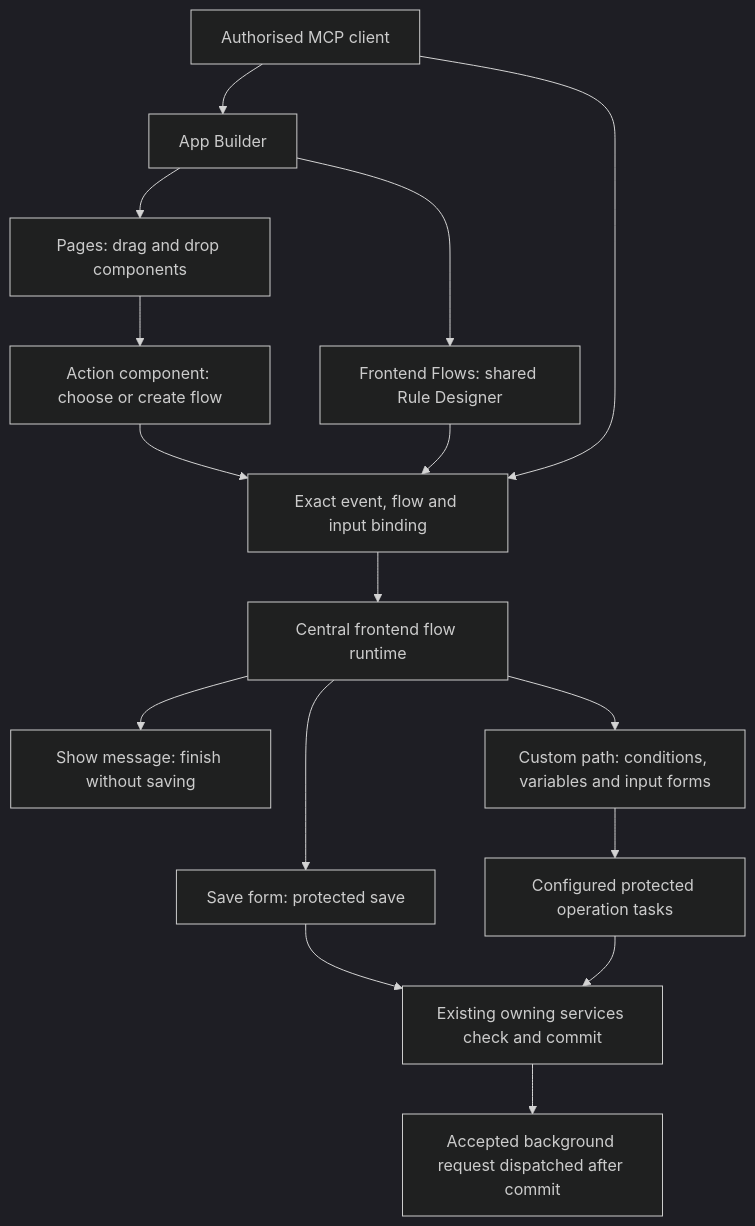
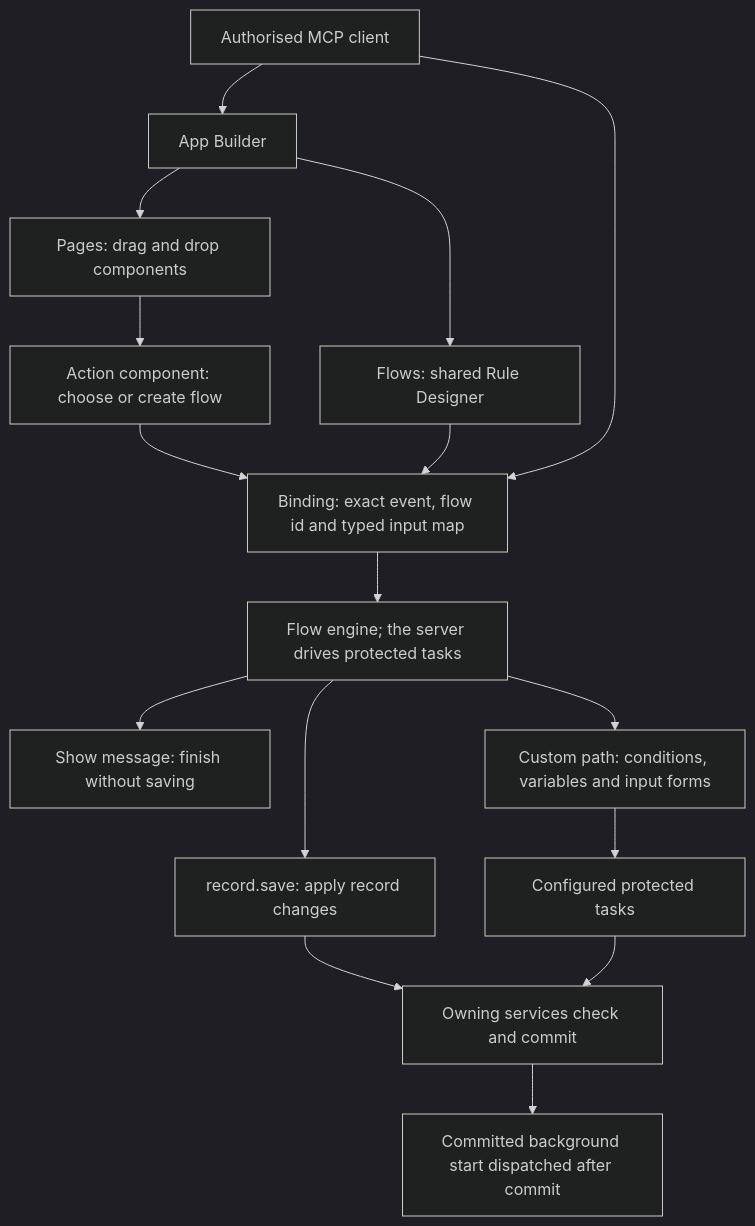
One commit to Abzum-NZ/Abzum-Vortex changed the second of 4 diagrams in docs/specification/appendices/frontend-rule-designer.md. Above: the diagram before and after it, drawn with Mermaid (dark theme). The commit also changed other lines of this file and 1 other file, not shown here.

First line of the commit message:
Review #977: align the flow language with the architecture decisions

````diff
--- a/docs/specification/appendices/frontend-rule-designer.md
+++ b/docs/specification/appendices/frontend-rule-designer.md
@@ -114,18 +162,18 @@
 ```mermaid
 flowchart TD
     APP[App Builder] --> PAGE[Pages: drag and drop components]
-    APP --> FLOWS[Frontend Flows: shared Rule Designer]
+    APP --> FLOWS[Flows: shared Rule Designer]
     PAGE --> BUTTON[Action component: choose or create flow]
-    BUTTON --> BIND[Exact event, flow and input binding]
+    BUTTON --> BIND[Binding: exact event, flow id and typed input map]
     FLOWS --> BIND
-    BIND --> RUN[Central frontend flow runtime]
+    BIND --> RUN[Flow engine; the server drives protected tasks]
     RUN --> MSG[Show message: finish without saving]
-    RUN --> SAVE[Save form: protected save]
+    RUN --> SAVE[record.save: apply record changes]
     RUN --> CUSTOM[Custom path: conditions, variables and input forms]
-    CUSTOM --> SUBMIT[Configured protected operation tasks]
-    SAVE --> CORE[Existing owning services check and commit]
+    CUSTOM --> SUBMIT[Configured protected tasks]
+    SAVE --> CORE[Owning services check and commit]
     SUBMIT --> CORE
-    CORE --> BG[Accepted background request dispatched after commit]
+    CORE --> BG[Committed background start dispatched after commit]
     MCP[Authorised MCP client] --> APP
     MCP --> BIND
 ```
````
